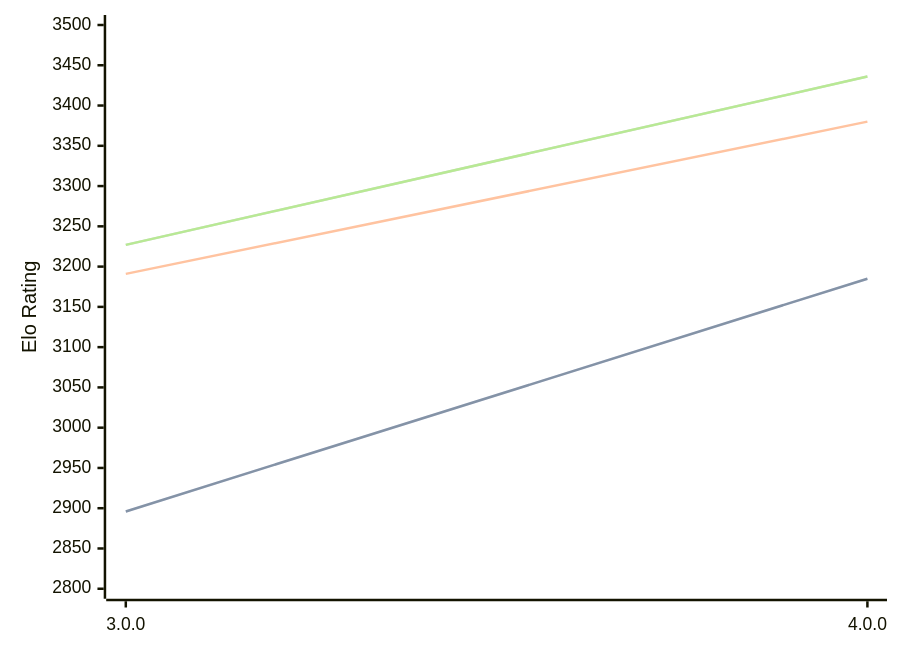
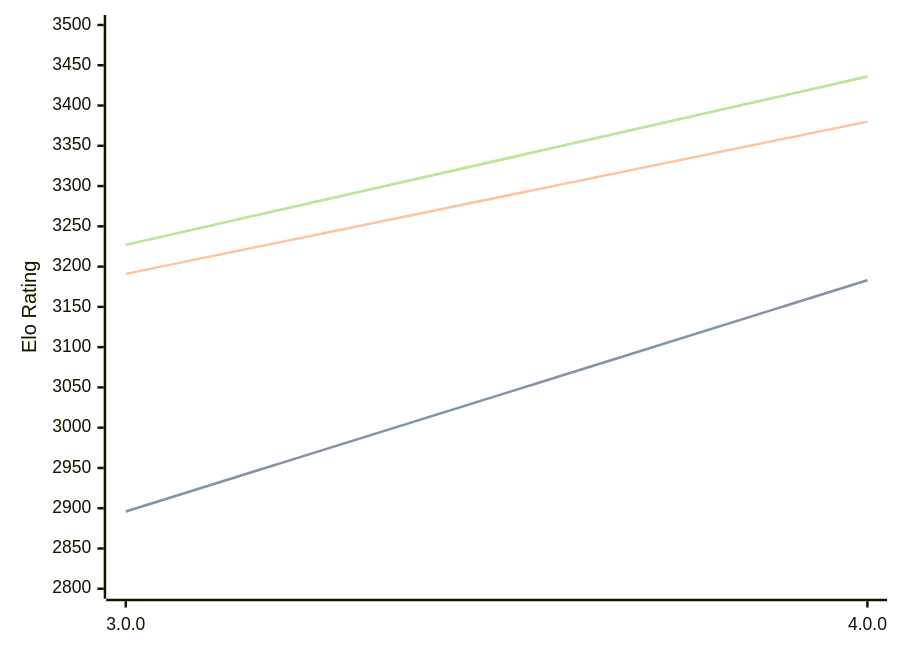
One commit to computer-chess-index/cci changed the diagram in engines/Avalanche.md. Above: the diagram before and after it, drawn with Mermaid. The commit also changed other lines of this file, not shown here.

````diff
--- a/engines/Avalanche.md
+++ b/engines/Avalanche.md
@@ -32,11 +32,11 @@
 ```mermaid
 %%{init: {"theme":"base","themeVariables":{"seriesColors:['#a3a3a3','#222221','#faa371']}}}%%
 xychart-beta
   x-axis ["3.0.0", "4.0.0"]
   y-axis "Elo Rating" 2800 --> 3500
-  line "" [2896, 3185]
-  line "STC (8.0+0.08s)" [2896, 3185]
+  line "" [2896, 3183]
+  line "STC (8.0+0.08s)" [2896, 3183]
   line "LTC (60.0+0.60s)" [3191, 3380]
   line "" [3227, 3436]
   line "VLTC (2m24s+1.12s)" [3227, 3436]
 ```
````
